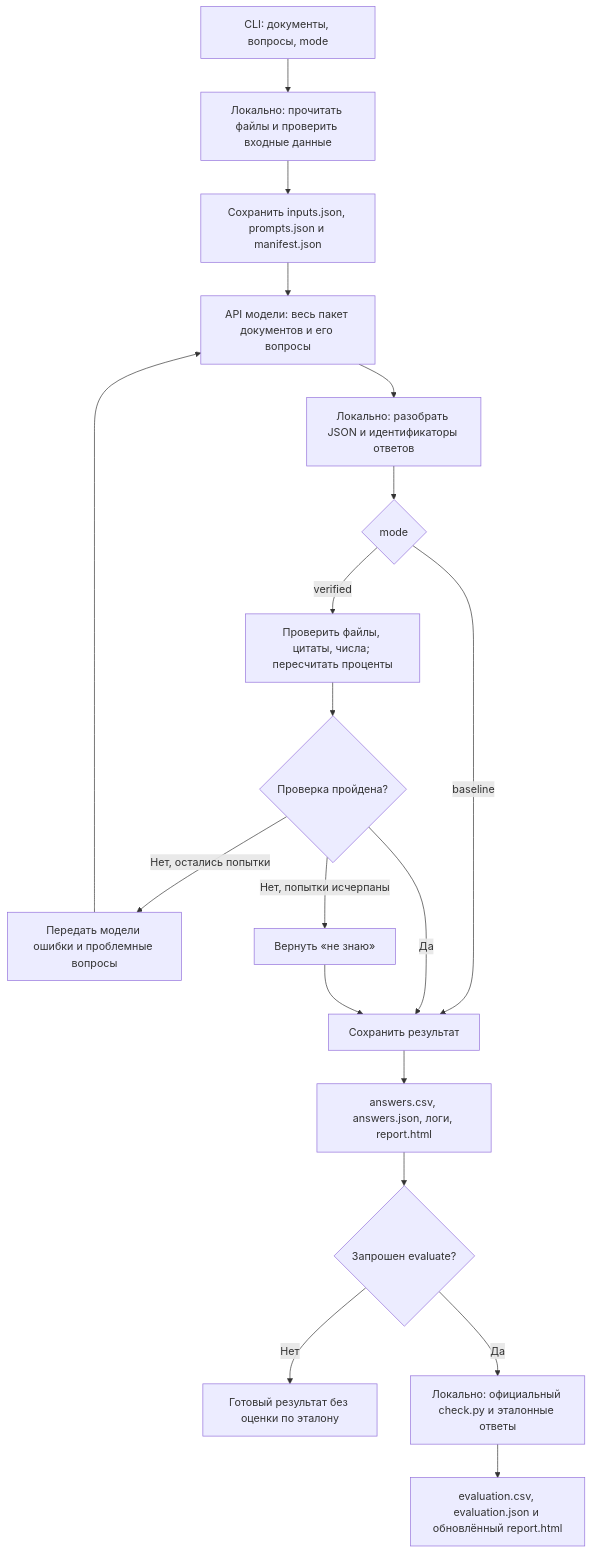
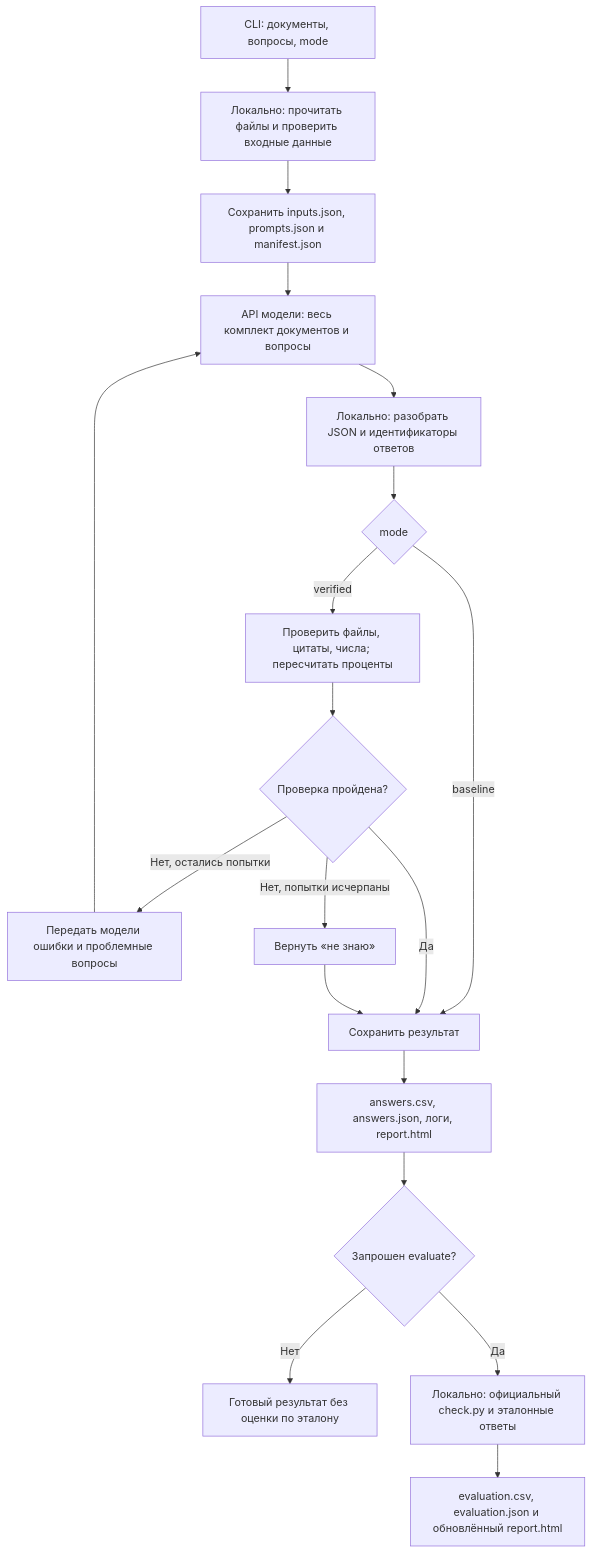
Before and after one commit to Rend-y/hacaton-2026: the diagram in README.md, drawn with Mermaid. The commit also changed other lines of this file and 22 other files, not shown here.

````diff
--- a/README.md
+++ b/README.md
@@ -578,21 +420,21 @@
 ```mermaid
 flowchart TD
     A["CLI: документы, вопросы, mode"] --> B["Локально: прочитать файлы и проверить входные данные"]
     B --> C["Сохранить inputs.json, prompts.json и manifest.json"]
-    C --> D["API модели: весь пакет документов и его вопросы"]
+    C --> D["API модели: весь комплект документов и вопросы"]
     D --> E["Локально: разобрать JSON и идентификаторы ответов"]
     E --> F{"mode"}
     F -->|baseline| J["Сохранить результат"]
     F -->|verified| G["Проверить файлы, цитаты, числа; пересчитать проценты"]
     G --> H{"Проверка пройдена?"}
     H -->|Да| J
     H -->|Нет, остались попытки| I["Передать модели ошибки и проблемные вопросы"]
     I --> D
     H -->|Нет, попытки исчерпаны| K["Вернуть «не знаю»"]
     K --> J
     J --> L["answers.csv, answers.json, логи, report.html"]
     L --> M{"Запрошен evaluate?"}
     M -->|Нет| N["Готовый результат без оценки по эталону"]
     M -->|Да| O["Локально: официальный check.py и эталонные ответы"]
     O --> P["evaluation.csv, evaluation.json и обновлённый report.html"]
 ```
````
